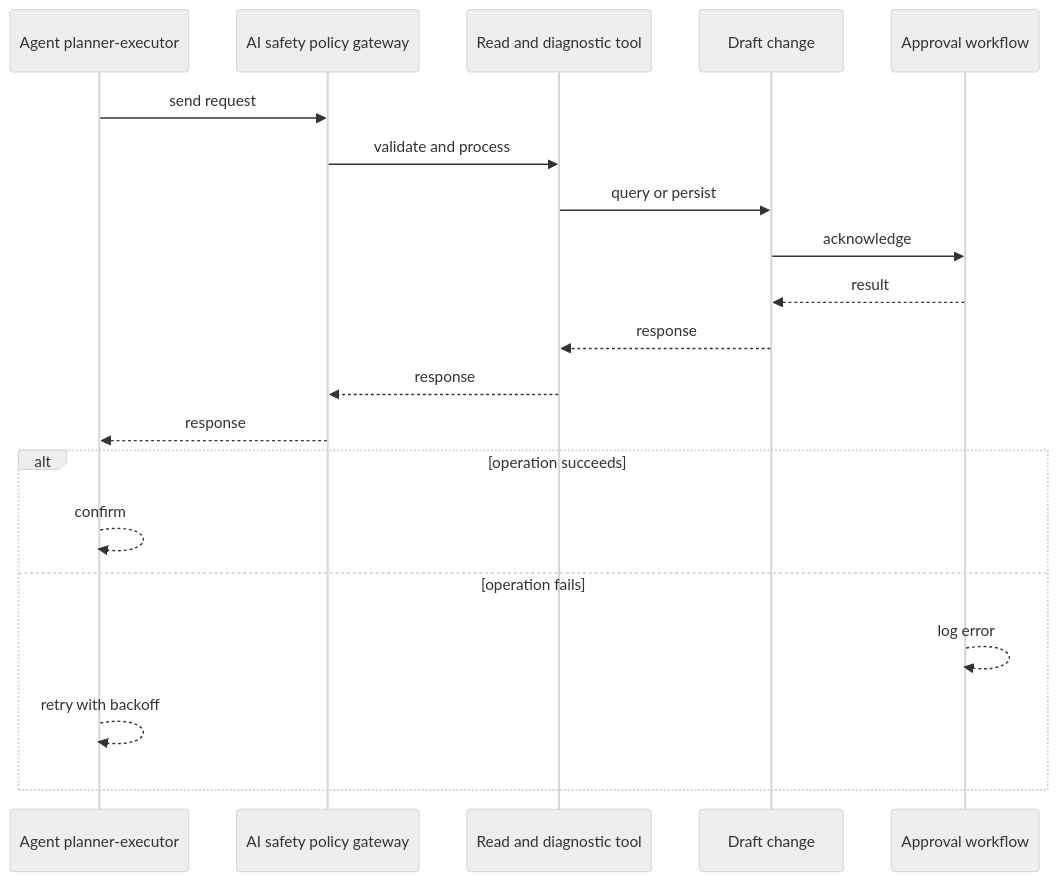
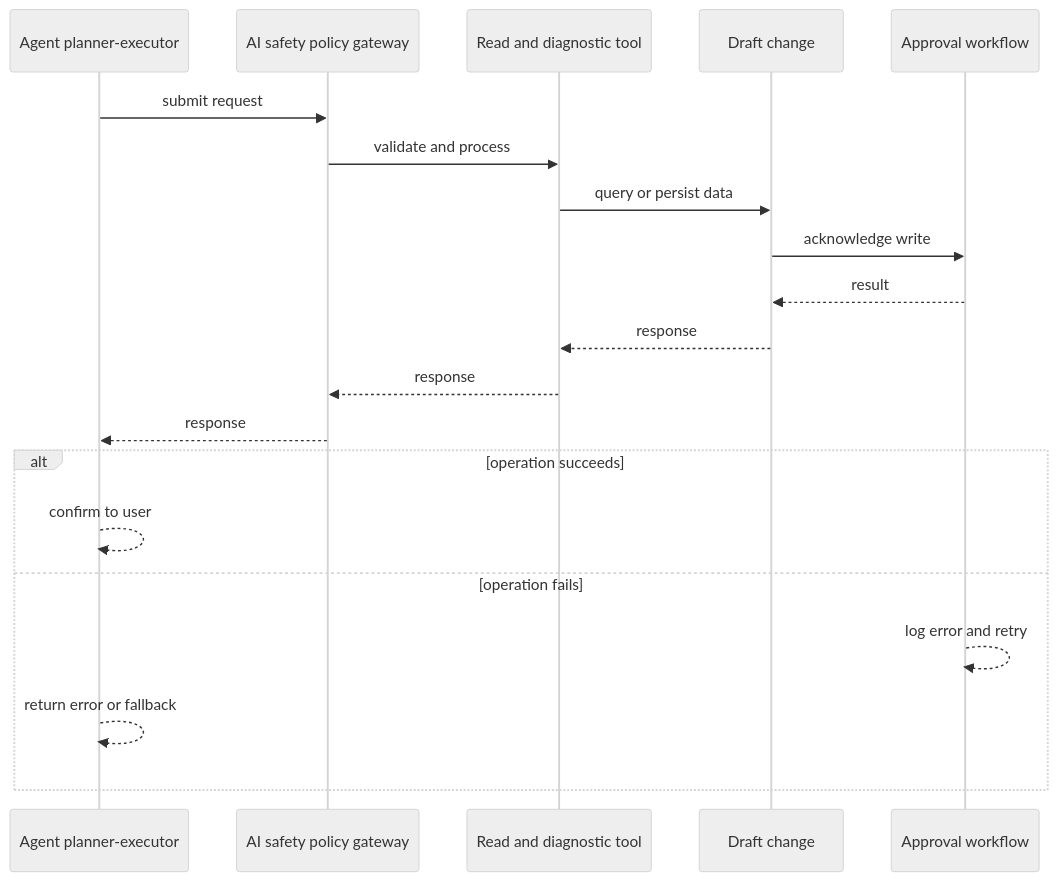
Before and after one commit to RIT-MESH/system-design-mastery: the second of 4 diagrams in case-studies/network-ai-systems/secure-network-agent.md, drawn with Mermaid (neutral theme). The commit also changed other lines of this file and 127 other files, not shown here.

First line of the commit message:
Improve all case study diagrams: case-specific sequences, fix truncated labels

````diff
--- a/case-studies/network-ai-systems/secure-network-agent.md
+++ b/case-studies/network-ai-systems/secure-network-agent.md
@@ -80,23 +80,23 @@
 ```mermaid
 %% created-for: system-design-mastery
 sequenceDiagram
-  participant C0 as Agent planner-executor
-  participant C1 as AI safety policy gateway
-  participant C2 as Read and diagnostic tool
-  participant C3 as Draft change
-  participant C4 as Approval workflow
-  C0 ->> C1: send request
-  C1 ->> C2: validate and process
-  C2 ->> C3: query or persist
-  C3 ->> C4: acknowledge
-  C4 -->> C3: result
-  C3 -->> C2: response
-  C2 -->> C1: response
-  C1 -->> C0: response
+  participant P0 as Agent planner-executor
+  participant P1 as AI safety policy gateway
+  participant P2 as Read and diagnostic tool
+  participant P3 as Draft change
+  participant P4 as Approval workflow
+  P0 ->> P1: submit request
+  P1 ->> P2: validate and process
+  P2 ->> P3: query or persist data
+  P3 ->> P4: acknowledge write
+  P4 -->> P3: result
+  P3 -->> P2: response
+  P2 -->> P1: response
+  P1 -->> P0: response
   alt operation succeeds
-    C0 -->> C0: confirm
+    P0 -->> P0: confirm to user
   else operation fails
-    C4 -->> C4: log error
-    C0 -->> C0: retry with backoff
+    P4 -->> P4: log error and retry
+    P0 -->> P0: return error or fallback
   end
 ```
````
